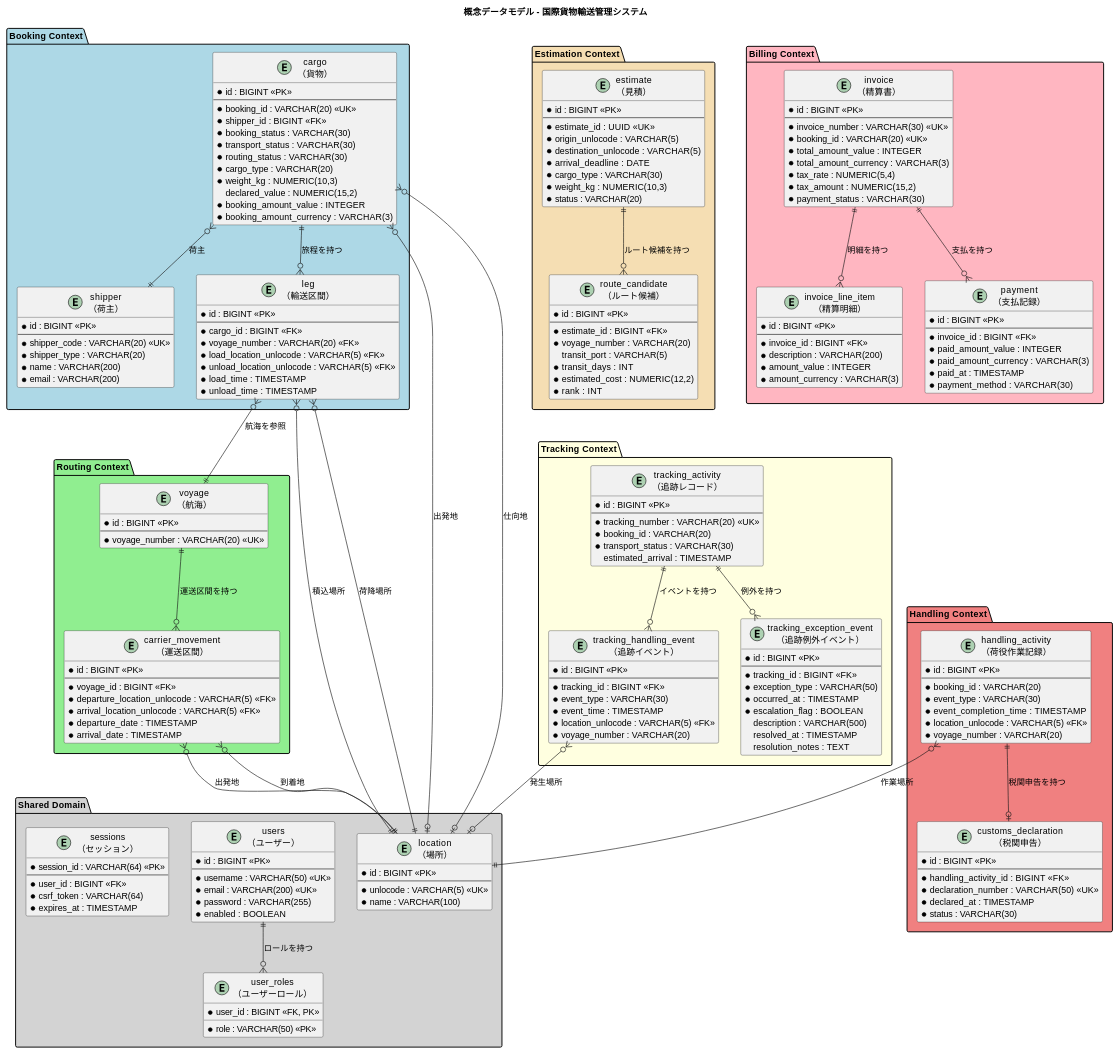
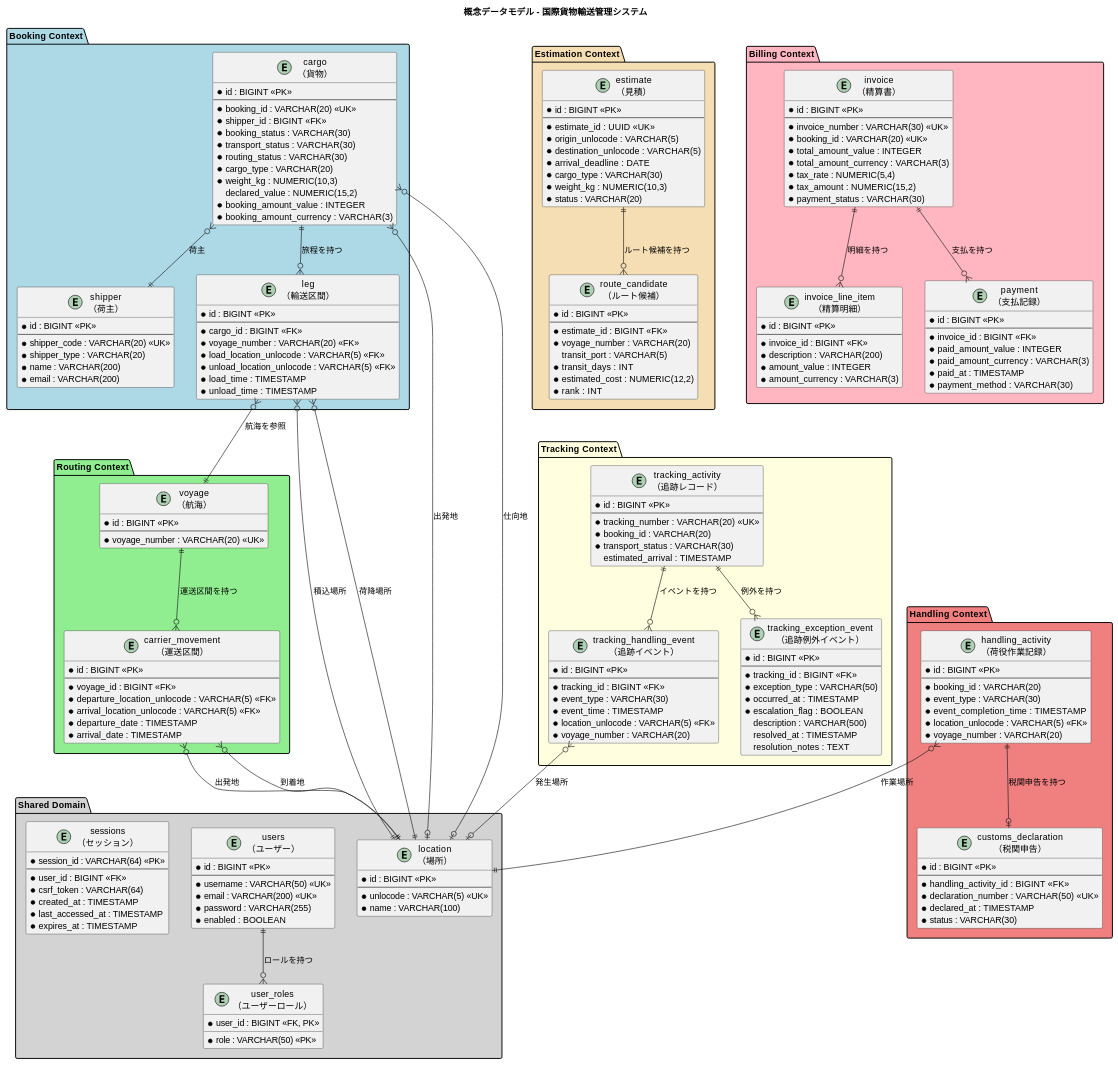
The first of 9 diagrams in docs/design/data-model.md (k2works/case-study-cargo-tracker), drawn with PlantUML before and after one commit. The commit also changed other lines of this file and 20 other files, not shown here.

```diff
--- a/docs/design/data-model.md
+++ b/docs/design/data-model.md
@@ -62,6 +62,8 @@
     --
     * user_id : BIGINT <<FK>>
     * csrf_token : VARCHAR(64)
+    * created_at : TIMESTAMP
+    * last_accessed_at : TIMESTAMP
     * expires_at : TIMESTAMP
   }
 
```
